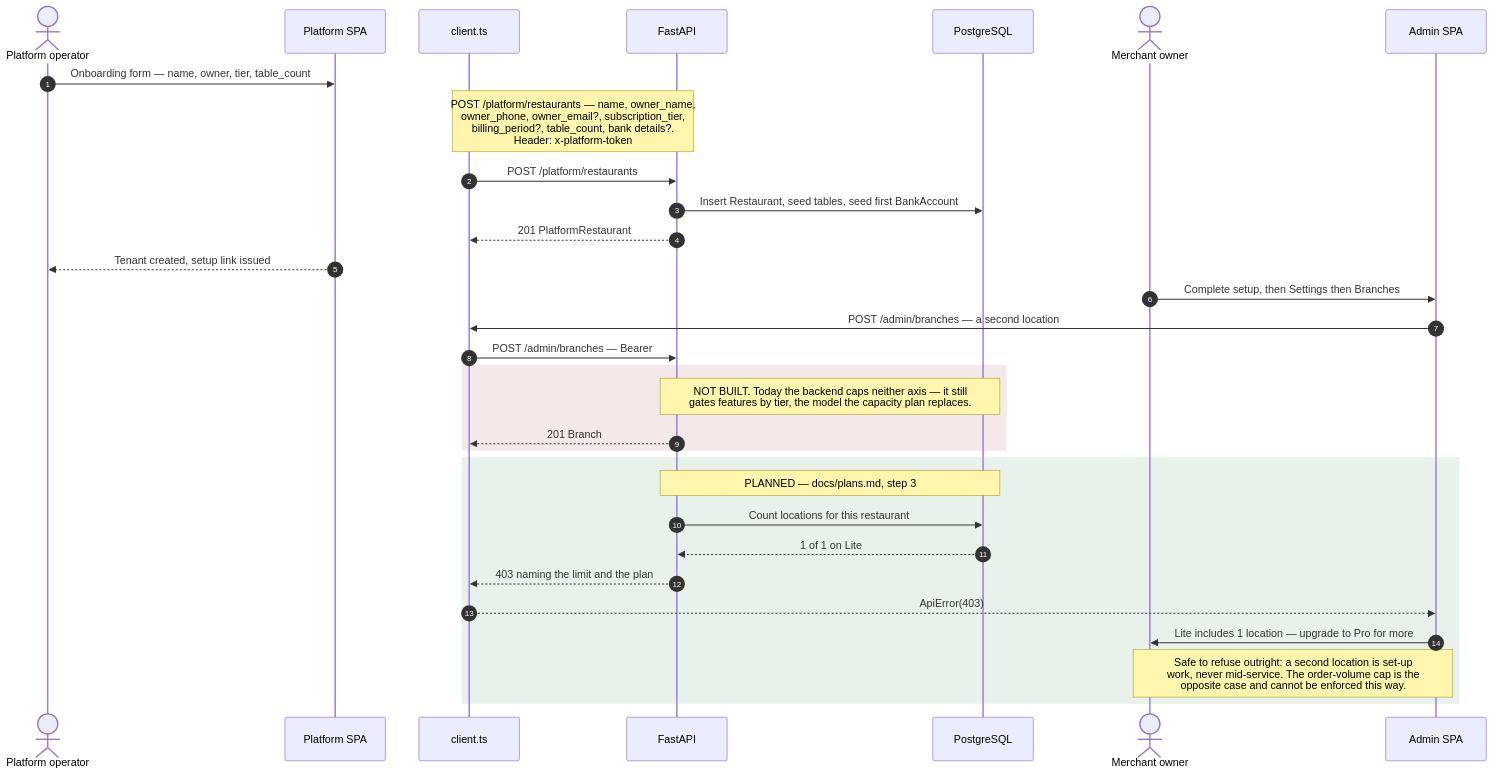
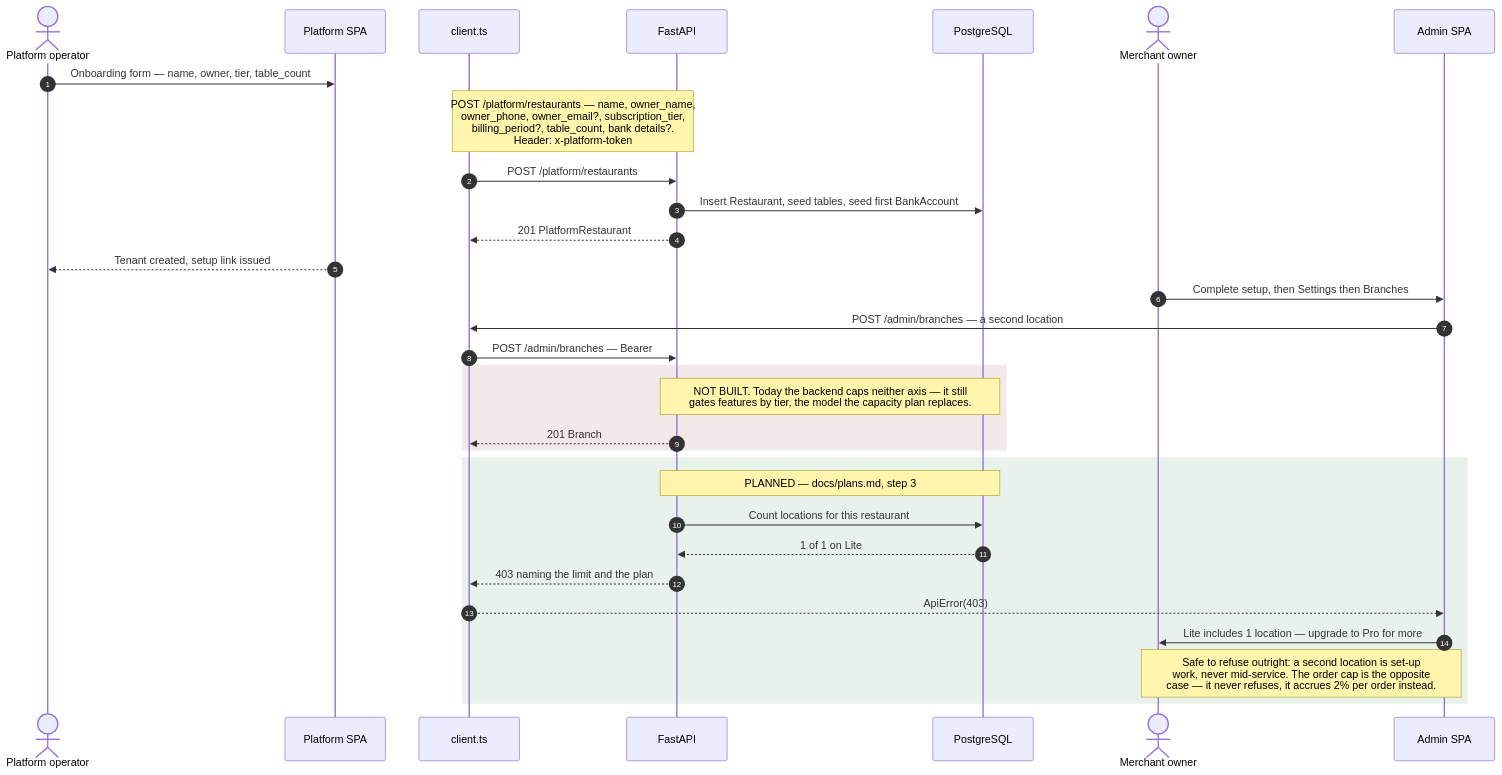
One commit to Oshaphq/oshap-Frontend changed the fifth of 5 diagrams in docs/sequence-diagrams.md. Above: the diagram before and after it, drawn with Mermaid. The commit also changed other lines of this file and 6 other files, not shown here.

````diff
--- a/docs/sequence-diagrams.md
+++ b/docs/sequence-diagrams.md
@@ -268,37 +275,37 @@
 ```mermaid
 sequenceDiagram
     autonumber
     actor Operator as Platform operator
     participant Portal as Platform SPA
     participant Client as client.ts
     participant API as FastAPI
     participant DB as PostgreSQL
     actor Owner as Merchant owner
     participant Admin as Admin SPA
 
     Operator->>Portal: Onboarding form — name, owner, tier, table_count
     Note over Client,API: POST /platform/restaurants — name, owner_name,<br/>owner_phone, owner_email?, subscription_tier,<br/>billing_period?, table_count, bank details?.<br/>Header: x-platform-token
     Client->>API: POST /platform/restaurants
     API->>DB: Insert Restaurant, seed tables, seed first BankAccount
     API-->>Client: 201 PlatformRestaurant
     Portal-->>Operator: Tenant created, setup link issued
 
     Owner->>Admin: Complete setup, then Settings then Branches
     Admin->>Client: POST /admin/branches — a second location
     Client->>API: POST /admin/branches — Bearer
 
     rect rgb(245, 232, 232)
         Note over API,DB: NOT BUILT. Today the backend caps neither axis — it still<br/>gates features by tier, the model the capacity plan replaces.
         API-->>Client: 201 Branch
     end
 
     rect rgb(232, 242, 234)
         Note over API,DB: PLANNED — docs/plans.md, step 3
         API->>DB: Count locations for this restaurant
         DB-->>API: 1 of 1 on Lite
         API-->>Client: 403 naming the limit and the plan
         Client-->>Admin: ApiError(403)
         Admin->>Owner: Lite includes 1 location — upgrade to Pro for more
-        Note over Admin,Owner: Safe to refuse outright: a second location is set-up<br/>work, never mid-service. The order-volume cap is the<br/>opposite case and cannot be enforced this way.
+        Note over Admin,Owner: Safe to refuse outright: a second location is set-up<br/>work, never mid-service. The order cap is the opposite<br/>case — it never refuses, it accrues 2% per order instead.
     end
 ```
````
